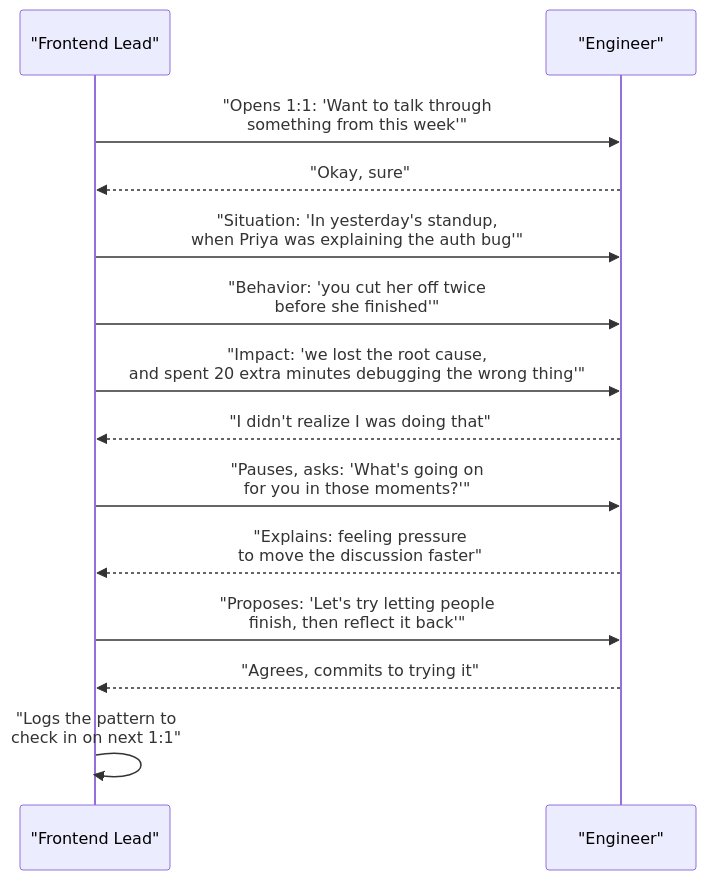
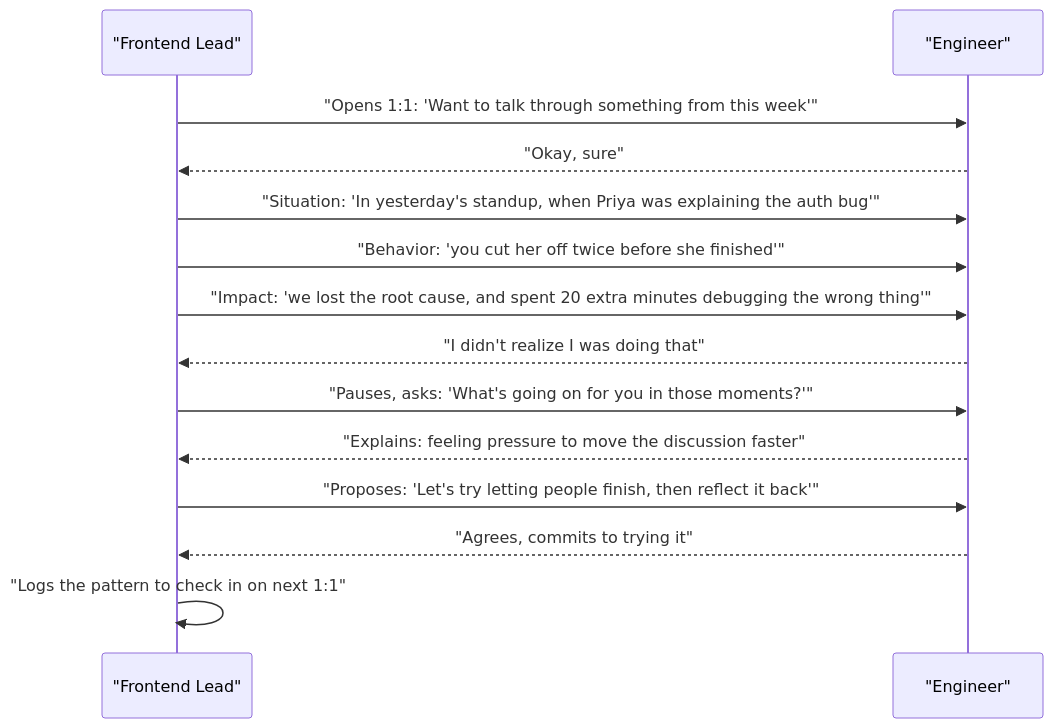
The second of 2 diagrams in data/topics/sbi-feedback-model.md (vinayakhumberi/litmus), drawn with Mermaid before and after one commit. The commit also changed other lines of this file and 68 other files, not shown here.

````diff
--- a/data/topics/sbi-feedback-model.md
+++ b/data/topics/sbi-feedback-model.md
@@ -119,17 +119,17 @@
 ```mermaid
 sequenceDiagram
     participant Lead as "Frontend Lead"
     participant Eng as "Engineer"
 
-    Lead->>Eng: "Opens 1:1: 'Want to talk through<br>something from this week'"
+    Lead->>Eng: "Opens 1:1: 'Want to talk through something from this week'"
     Eng-->>Lead: "Okay, sure"
-    Lead->>Eng: "Situation: 'In yesterday's standup,<br>when Priya was explaining the auth bug'"
-    Lead->>Eng: "Behavior: 'you cut her off twice<br>before she finished'"
-    Lead->>Eng: "Impact: 'we lost the root cause,<br>and spent 20 extra minutes debugging the wrong thing'"
+    Lead->>Eng: "Situation: 'In yesterday's standup, when Priya was explaining the auth bug'"
+    Lead->>Eng: "Behavior: 'you cut her off twice before she finished'"
+    Lead->>Eng: "Impact: 'we lost the root cause, and spent 20 extra minutes debugging the wrong thing'"
     Eng-->>Lead: "I didn't realize I was doing that"
-    Lead->>Eng: "Pauses, asks: 'What's going on<br>for you in those moments?'"
-    Eng-->>Lead: "Explains: feeling pressure<br>to move the discussion faster"
-    Lead->>Eng: "Proposes: 'Let's try letting people<br>finish, then reflect it back'"
+    Lead->>Eng: "Pauses, asks: 'What's going on for you in those moments?'"
+    Eng-->>Lead: "Explains: feeling pressure to move the discussion faster"
+    Lead->>Eng: "Proposes: 'Let's try letting people finish, then reflect it back'"
     Eng-->>Lead: "Agrees, commits to trying it"
-    Lead->>Lead: "Logs the pattern to<br>check in on next 1:1"
+    Lead->>Lead: "Logs the pattern to check in on next 1:1"
 ```
````
